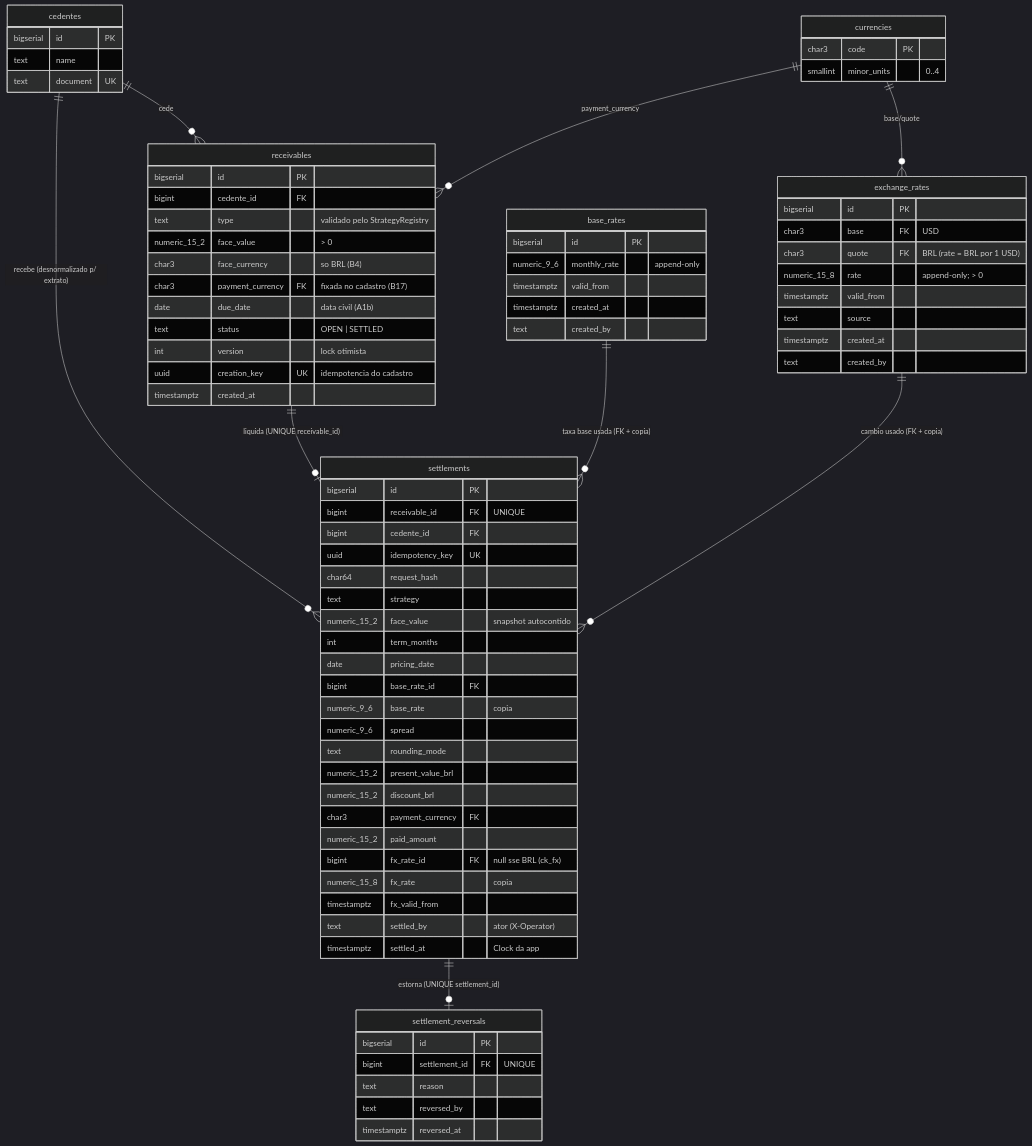
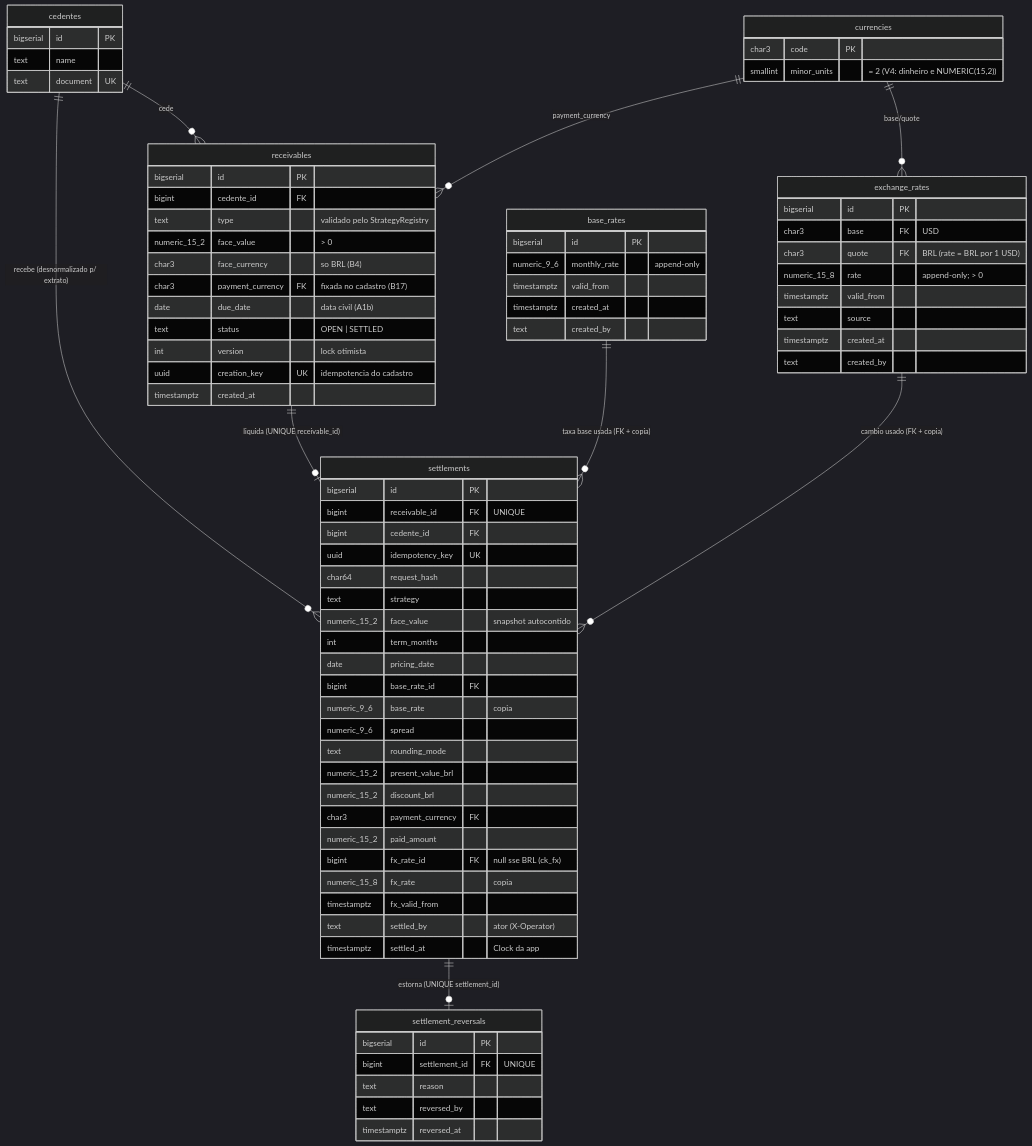
The diagram in docs/er.md (FELIPEACASTRO/srm-credit-engine), drawn with Mermaid (dark theme) before and after one commit. The commit also changed other lines of this file and 3 other files, not shown here.

````diff
--- a/docs/er.md
+++ b/docs/er.md
@@ -8,82 +8,82 @@
 ```mermaid
 erDiagram
     cedentes ||--o{ receivables : "cede"
     cedentes ||--o{ settlements : "recebe (desnormalizado p/ extrato)"
     receivables ||--o| settlements : "liquida (UNIQUE receivable_id)"
     settlements ||--o| settlement_reversals : "estorna (UNIQUE settlement_id)"
     base_rates ||--o{ settlements : "taxa base usada (FK + copia)"
     exchange_rates ||--o{ settlements : "cambio usado (FK + copia)"
     currencies ||--o{ exchange_rates : "base/quote"
     currencies ||--o{ receivables : "payment_currency"
 
     currencies {
         char3 code PK
-        smallint minor_units "0..4"
+        smallint minor_units "= 2 (V4: dinheiro e NUMERIC(15,2))"
     }
     cedentes {
         bigserial id PK
         text name
         text document UK
     }
     base_rates {
         bigserial id PK
         numeric_9_6 monthly_rate "append-only"
         timestamptz valid_from
         timestamptz created_at
         text created_by
     }
     exchange_rates {
         bigserial id PK
         char3 base FK "USD"
         char3 quote FK "BRL (rate = BRL por 1 USD)"
         numeric_15_8 rate "append-only; > 0"
         timestamptz valid_from
         text source
         timestamptz created_at
         text created_by
     }
     receivables {
         bigserial id PK
         bigint cedente_id FK
         text type "validado pelo StrategyRegistry"
         numeric_15_2 face_value "> 0"
         char3 face_currency "so BRL (B4)"
         char3 payment_currency FK "fixada no cadastro (B17)"
         date due_date "data civil (A1b)"
         text status "OPEN | SETTLED"
         int version "lock otimista"
         uuid creation_key UK "idempotencia do cadastro"
         timestamptz created_at
     }
     settlements {
         bigserial id PK
         bigint receivable_id FK "UNIQUE"
         bigint cedente_id FK
         uuid idempotency_key UK
         char64 request_hash
         text strategy
         numeric_15_2 face_value "snapshot autocontido"
         int term_months
         date pricing_date
         bigint base_rate_id FK
         numeric_9_6 base_rate "copia"
         numeric_9_6 spread
         text rounding_mode
         numeric_15_2 present_value_brl
         numeric_15_2 discount_brl
         char3 payment_currency FK
         numeric_15_2 paid_amount
         bigint fx_rate_id FK "null sse BRL (ck_fx)"
         numeric_15_8 fx_rate "copia"
         timestamptz fx_valid_from
         text settled_by "ator (X-Operator)"
         timestamptz settled_at "Clock da app"
     }
     settlement_reversals {
         bigserial id PK
         bigint settlement_id FK "UNIQUE"
         text reason
         text reversed_by
         timestamptz reversed_at
     }
 ```
````
